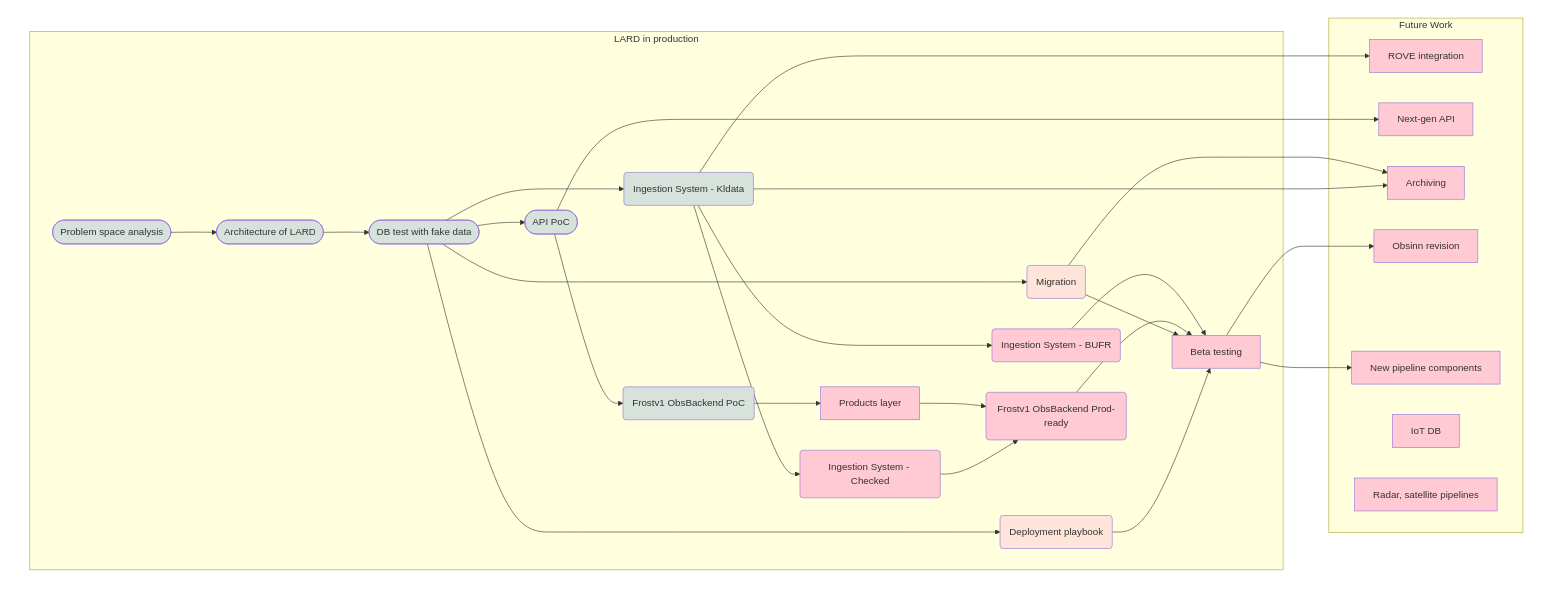
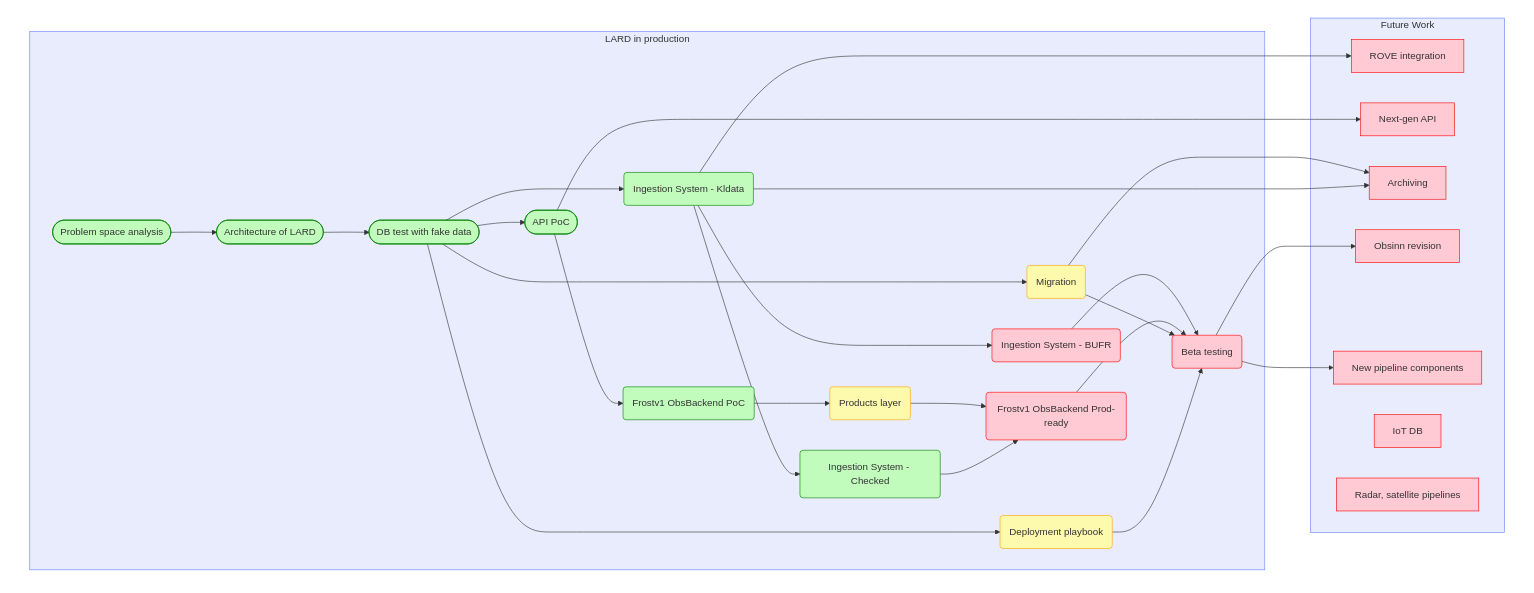
One commit to metno/lard changed the diagram in README.md. Above: the diagram before and after it, drawn with Mermaid. The commit also changed other lines of this file, not shown here.

Commit message:
Update colors and progress

````diff
--- a/README.md
+++ b/README.md
@@ -3,52 +3,56 @@
 ```mermaid
 %%{ init : { "theme" : "default" }}%%
 flowchart TD
-subgraph main [ ]
+  subgraph main[ ]
     subgraph lard[LARD in production]
-        psa([Problem space analysis]):::done
-        arc([Architecture of LARD]):::done
-        test([DB test with fake data]):::done
-        poc([API PoC]):::done
-        frostb1(Frostv1 ObsBackend PoC):::done
-        ingestkldata(Ingestion System - Kldata):::done
+      psa([Problem space analysis]):::done
+      arc([Architecture of LARD]):::done
+      test([DB test with fake data]):::done
+      poc([API PoC]):::done
+      frostb1(Frostv1 ObsBackend PoC):::done
+      ingestkldata(Ingestion System - Kldata):::done
 
-        migrate(Migration):::wip
-        depl(Deployment playbook):::wip
+      migrate(Migration):::wip
+      depl(Deployment playbook):::wip
 
-        ingestbufr(Ingestion System - BUFR):::backlog
-        ingestchecked(Ingestion System - Checked):::backlog
-        products[Products layer]:::backlog
-        frostb2(Frostv1 ObsBackend Prod-ready):::backlog
-        beta[Beta testing]:::backlog
+      ingestbufr(Ingestion System - BUFR):::backlog
+      ingestchecked(Ingestion System - Checked):::done
+      products(Products layer):::wip
+      frostb2(Frostv1 ObsBackend Prod-ready):::backlog
+      beta(Beta testing):::backlog
 
-        psa --> arc
-        arc --> test
-        test --> poc & ingestkldata & migrate & depl
-        poc --> frostb1
-        frostb1 --> products
-        ingestkldata --> ingestbufr & ingestchecked
-        products & ingestchecked --> frostb2
-        ingestbufr & frostb2 & migrate & depl --> beta
+      psa --> arc
+      arc --> test
+      test --> poc & ingestkldata & migrate & depl
+      poc --> frostb1
+      frostb1 --> products
+      ingestkldata --> ingestbufr & ingestchecked
+      products & ingestchecked --> frostb2
+      ingestbufr & frostb2 & migrate & depl --> beta
     end
-    subgraph "Future Work"
-        rove[ROVE integration]:::backlog
-        next[Next-gen API]:::backlog
-        archive[Archiving]:::backlog
-        obsinn[Obsinn revision]:::backlog
-        pipe[New pipeline components]:::backlog
-        iot[IoT DB]:::backlog
-        radsat[Radar, satellite pipelines]:::backlog
+
+    subgraph fut[Future Work]
+      rove[ROVE integration]:::backlog
+      next[Next-gen API]:::backlog
+      archive[Archiving]:::backlog
+      obsinn[Obsinn revision]:::backlog
+      pipe[New pipeline components]:::backlog
+      iot[IoT DB]:::backlog
+      radsat[Radar, satellite pipelines]:::backlog
     end
 
     poc --> next
     migrate & ingestkldata --> archive
     beta --> obsinn & pipe
     ingestkldata --> rove
+  end
 
-end
-    classDef done fill:#d8e2dc
-    classDef wip fill:#ffe5d9
-    classDef backlog fill:#ffcad4
-    classDef bkg fill:#fff,stroke:#fff
-    class main bkg
+  classDef done fill:#c1fcbd,stroke:green
+  classDef wip fill:#fdfaae,stroke:orange
+  classDef backlog fill:#ffcad4,stroke:red
+  classDef bkg fill:white,stroke:white
+  classDef subBkg fill:#e8ecfc,stroke:#6483fc
+  class main bkg
+  class lard subBkg
+  class fut subBkg
 ```
````
